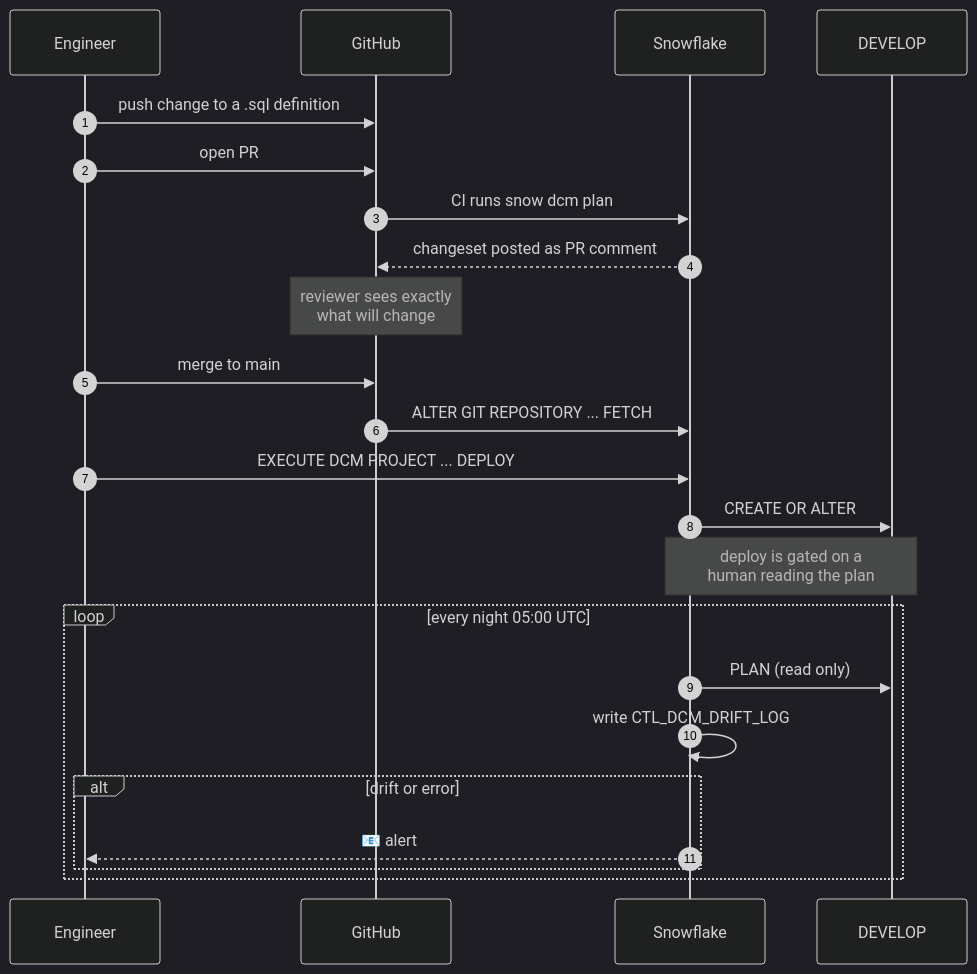
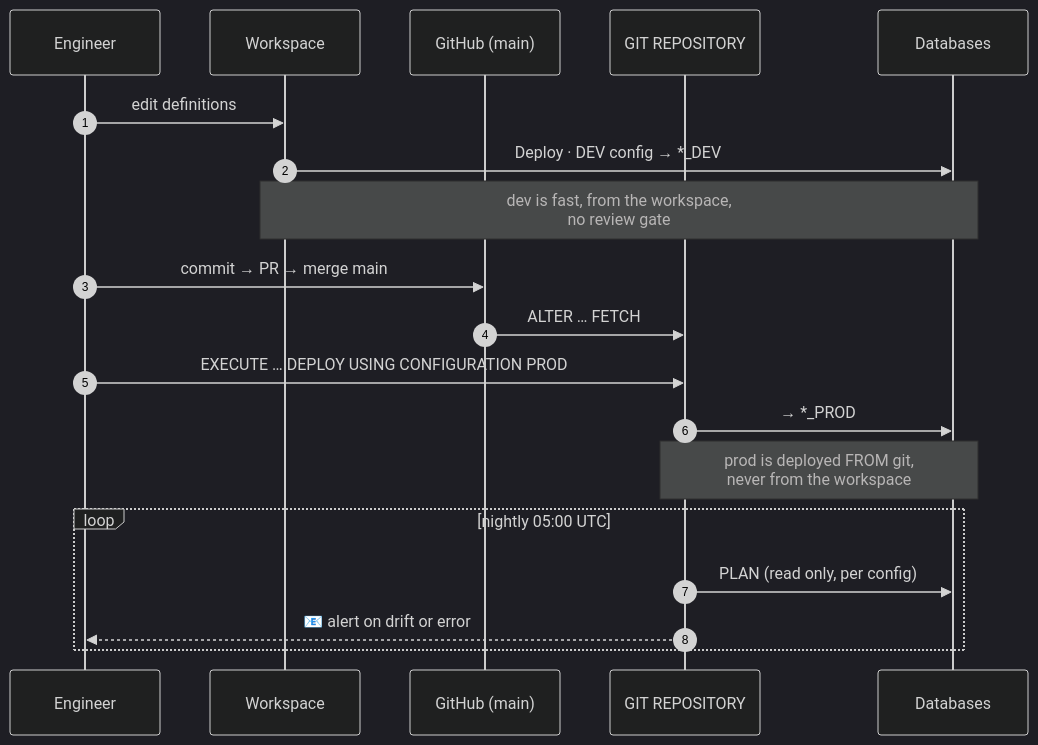
Before and after one commit to Codefordataengg/DMC_PBI: the fifth of 5 diagrams in docs/DCM_ARCHITECTURE.md, drawn with Mermaid (dark theme). The commit also changed other lines of this file and 5 other files, not shown here.

````diff
--- a/docs/DCM_ARCHITECTURE.md
+++ b/docs/DCM_ARCHITECTURE.md
@@ -231,27 +231,23 @@
 ```mermaid
 sequenceDiagram
     autonumber
     participant Dev as Engineer
-    participant Git as GitHub
-    participant SF as Snowflake
-    participant DB as DEVELOP
+    participant WS as Workspace
+    participant Git as GitHub (main)
+    participant Repo as GIT REPOSITORY
+    participant DB as Databases
 
-    Dev->>Git: push change to a .sql definition
-    Dev->>Git: open PR
-    Git->>SF: CI runs snow dcm plan
-    SF-->>Git: changeset posted as PR comment
-    Note over Git: reviewer sees exactly<br/>what will change
-    Dev->>Git: merge to main
-    Git->>SF: ALTER GIT REPOSITORY ... FETCH
-    Dev->>SF: EXECUTE DCM PROJECT ... DEPLOY
-    SF->>DB: CREATE OR ALTER
-    Note over SF,DB: deploy is gated on a<br/>human reading the plan
+    Dev->>WS: edit definitions
+    WS->>DB: Deploy · DEV config → *_DEV
+    Note over WS,DB: dev is fast, from the workspace,<br/>no review gate
+    Dev->>Git: commit → PR → merge main
+    Git->>Repo: ALTER … FETCH
+    Dev->>Repo: EXECUTE … DEPLOY USING CONFIGURATION PROD
+    Repo->>DB: → *_PROD
+    Note over Repo,DB: prod is deployed FROM git,<br/>never from the workspace
 
-    loop every night 05:00 UTC
-        SF->>DB: PLAN (read only)
-        SF->>SF: write CTL_DCM_DRIFT_LOG
-        alt drift or error
-            SF-->>Dev: 📧 alert
-        end
+    loop nightly 05:00 UTC
+        Repo->>DB: PLAN (read only, per config)
+        Repo-->>Dev: 📧 alert on drift or error
     end
 ```
````
